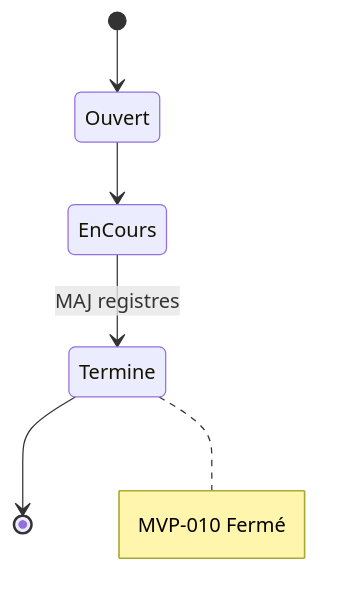
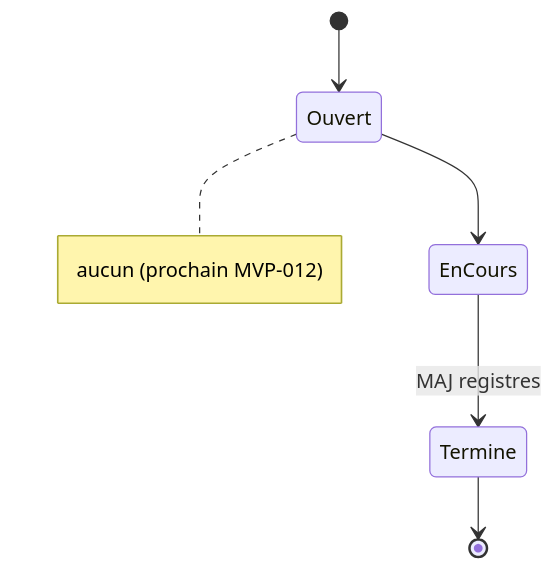
The second of 2 diagrams in docs/runtime/11_BACKLOG.md (JavaChrist/Tai-Chi-AI-Coach), drawn with Mermaid before and after one commit. The commit also changed other lines of this file and 38 other files, not shown here.

````diff
--- a/docs/runtime/11_BACKLOG.md
+++ b/docs/runtime/11_BACKLOG.md
@@ -69,8 +69,8 @@
 ```mermaid
 stateDiagram-v2
   [*] --> Ouvert
   Ouvert --> EnCours
   EnCours --> Termine: MAJ registres
   Termine --> [*]
-  note right of Termine: MVP-010 Fermé
+  note right of Ouvert: aucun (prochain MVP-012)
 ```
````
